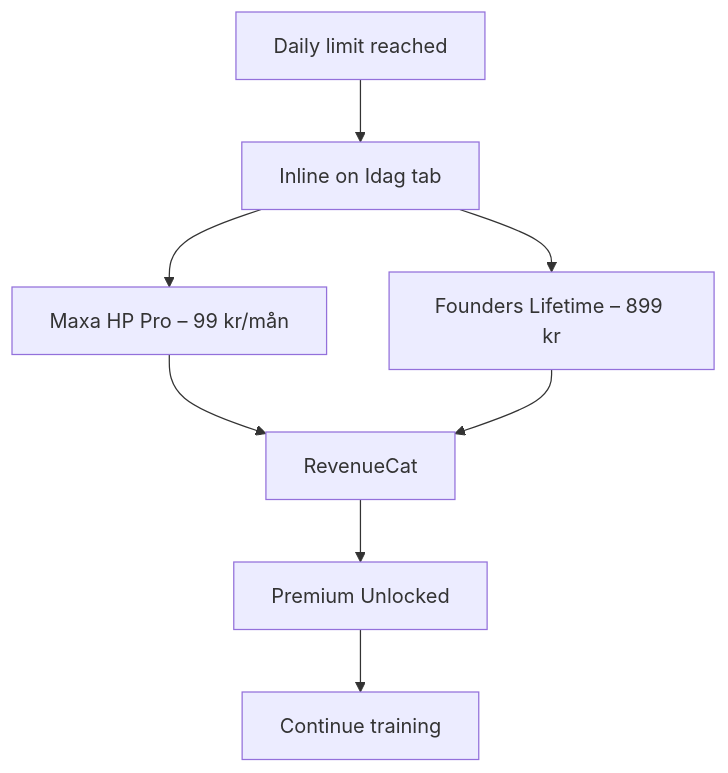
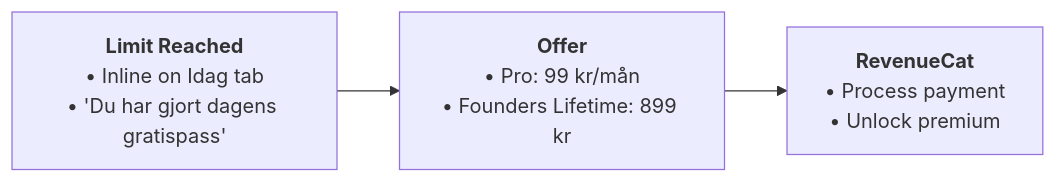
Before and after one commit to Willayam/maxa: the sixth of 8 diagrams in docs/ROADMAP.md, drawn with Mermaid. The commit also changed other lines of this file, not shown here.

First line of the commit message:
docs: Consolidate mermaid boxes with bold titles + bullet lists

````diff
--- a/docs/ROADMAP.md
+++ b/docs/ROADMAP.md
@@ -178,10 +116,6 @@
 ```mermaid
-flowchart TD
-    A[Daily limit reached] --> B["Inline on Idag tab"]
-    B --> C["Maxa HP Pro – 99 kr/mån"]
-    B --> D["Founders Lifetime – 899 kr"]
-    C --> E[RevenueCat]
-    D --> E
-    E --> F[Premium Unlocked]
-    F --> G[Continue training]
+flowchart LR
+    A["<b>Limit Reached</b><br/>• Inline on Idag tab<br/>• 'Du har gjort dagens gratispass'"]
+    A --> B["<b>Offer</b><br/>• Pro: 99 kr/mån<br/>• Founders Lifetime: 899 kr"]
+    B --> C["<b>RevenueCat</b><br/>• Process payment<br/>• Unlock premium"]
 ```
````
